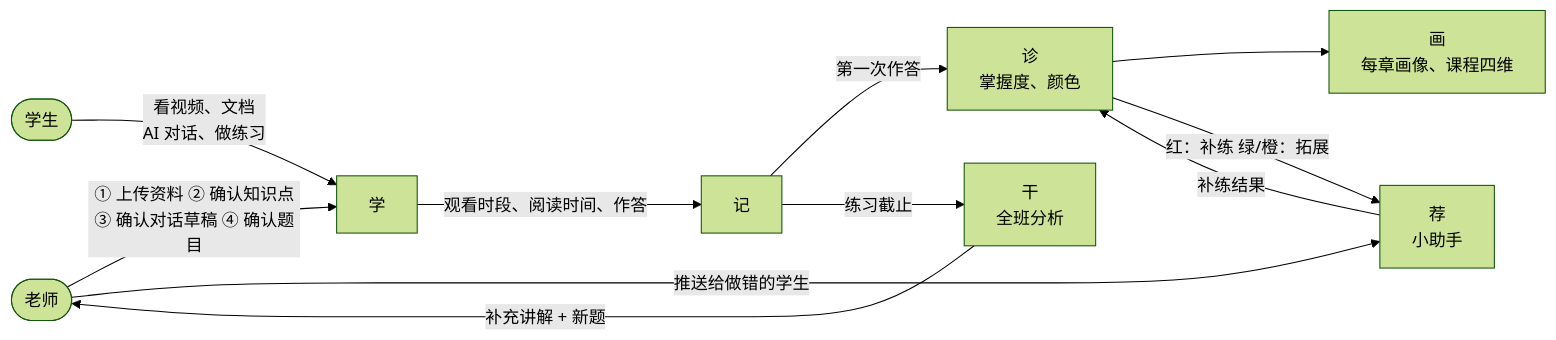
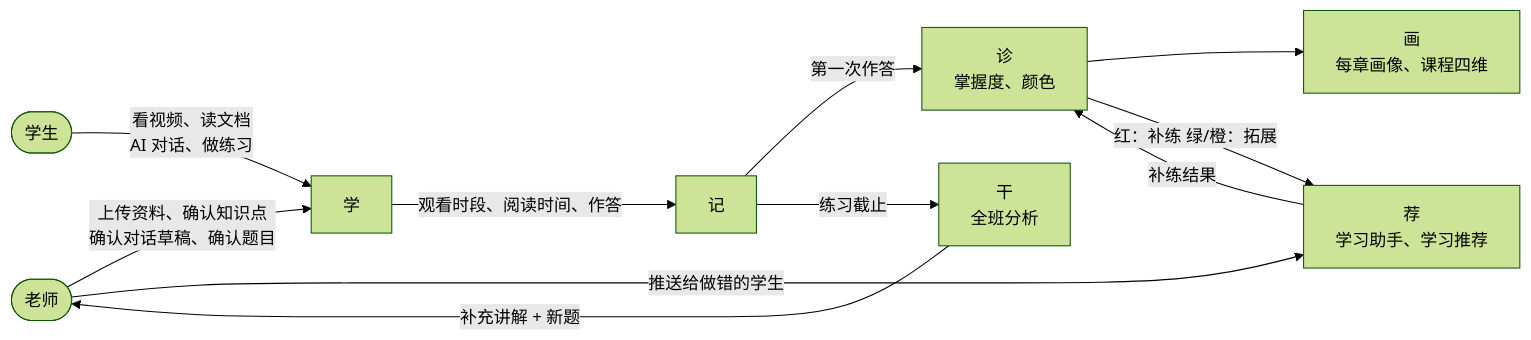
The first of 2 diagrams in docs/提交材料/01-需求分析.md (BRYANSOONZEN/Ai-Agent-Learning-Assistant), drawn with Mermaid (forest theme) before and after one commit. The commit also changed other lines of this file and 3 other files, not shown here.

````diff
--- a/docs/提交材料/01-需求分析.md
+++ b/docs/提交材料/01-需求分析.md
@@ -78,13 +112,13 @@
 ```mermaid
 flowchart LR
-    T([老师]) -->|"① 上传资料 ② 确认知识点<br/>③ 确认对话草稿 ④ 确认题目"| L[学]
-    S([学生]) -->|看视频、文档<br/>AI 对话、做练习| L
+    T([老师]) -->|"上传资料、确认知识点<br/>确认对话草稿、确认题目"| L[学]
+    S([学生]) -->|看视频、读文档<br/>AI 对话、做练习| L
     L -->|观看时段、阅读时间、作答| R[记]
     R -->|第一次作答| D[诊<br/>掌握度、颜色]
     D --> P[画<br/>每章画像、课程四维]
-    D -->|红：补练 绿/橙：拓展| C[荐<br/>小助手]
+    D -->|红：补练 绿/橙：拓展| C[荐<br/>学习助手、学习推荐]
     R -->|练习截止| I[干<br/>全班分析]
     I -->|补充讲解 + 新题| T
     T -->|推送给做错的学生| C
     C -->|补练结果| D
 ```
````
